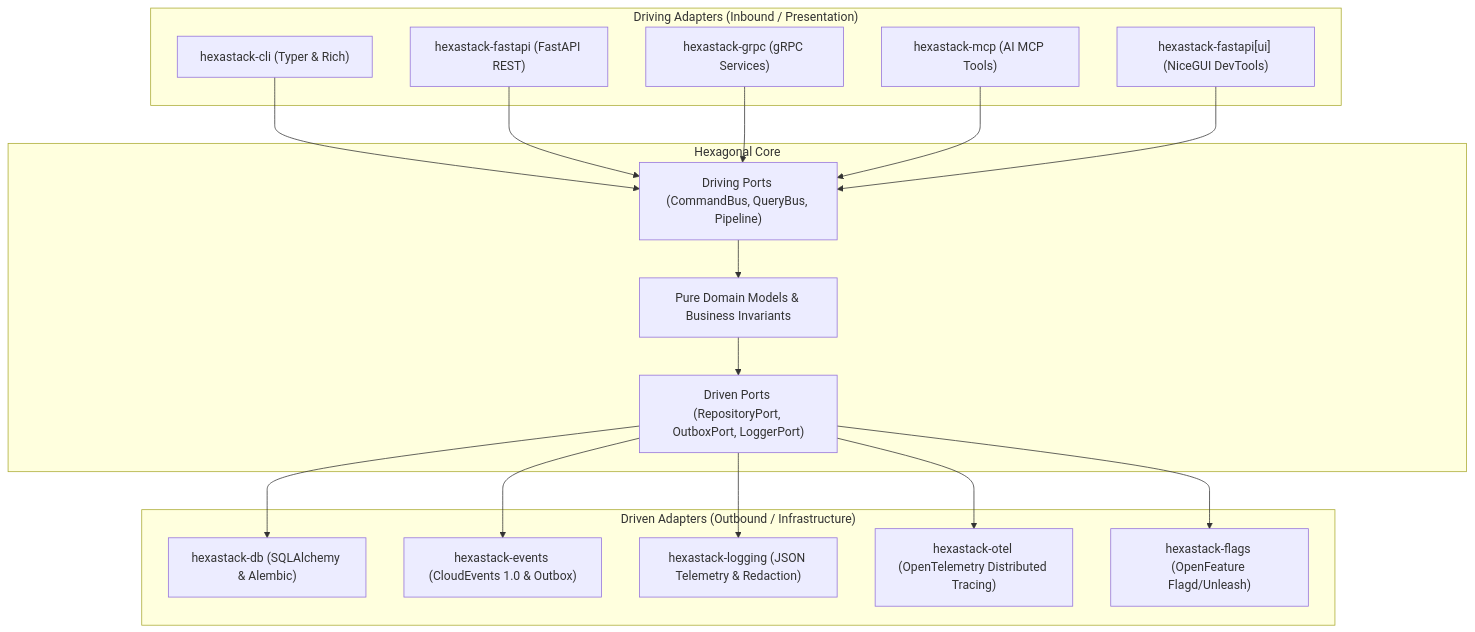
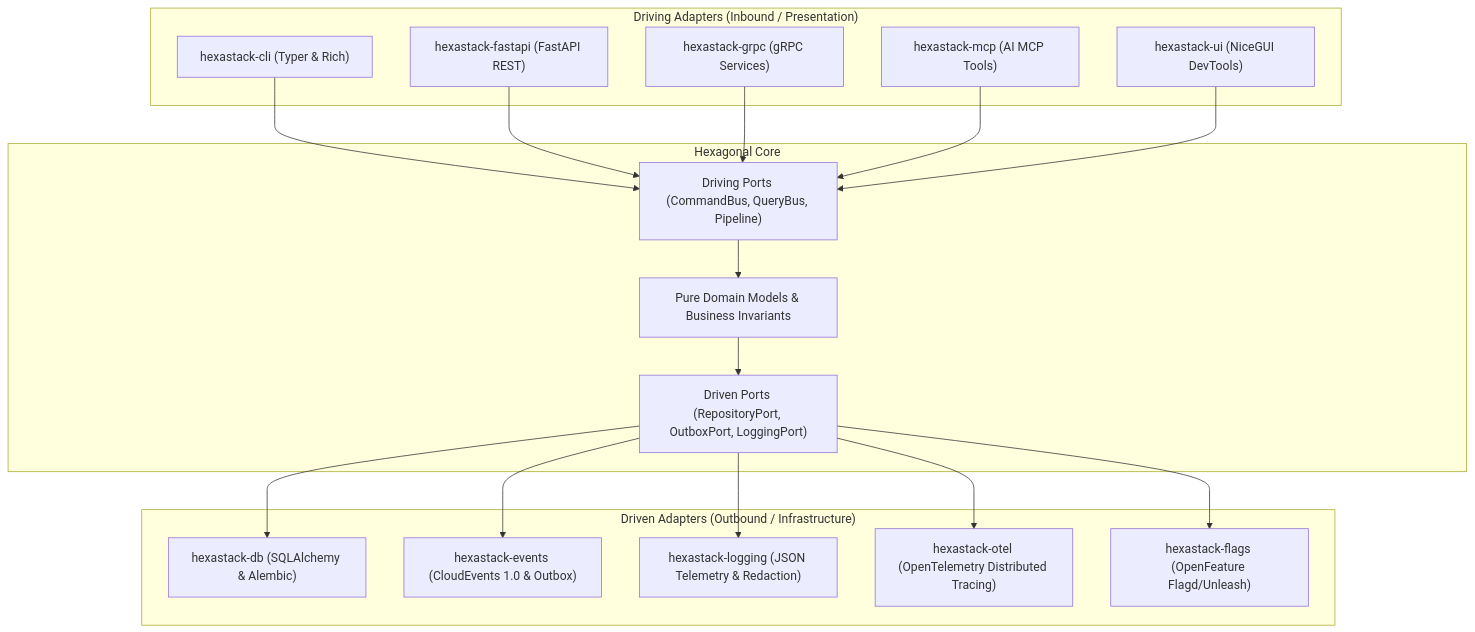
One commit to TheTrueSCU/hexastack changed the diagram in docs/index.md. Above: the diagram before and after it, drawn with Mermaid. The commit also changed other lines of this file and 34 other files, not shown here.

````diff
--- a/docs/index.md
+++ b/docs/index.md
@@ -14,39 +14,39 @@
 ```mermaid
 graph TD
     subgraph DrivingAdapters ["Driving Adapters (Inbound / Presentation)"]
         CLI["hexastack-cli (Typer & Rich)"]
         FASTAPI["hexastack-fastapi (FastAPI REST)"]
         GRPC["hexastack-grpc (gRPC Services)"]
         MCP["hexastack-mcp (AI MCP Tools)"]
-        UI["hexastack-fastapi[ui] (NiceGUI DevTools)"]
+        UI["hexastack-ui (NiceGUI DevTools)"]
     end
 
     subgraph Hexagon ["Hexagonal Core"]
         PORTS_IN["Driving Ports (CommandBus, QueryBus, Pipeline)"]
         DOMAIN["Pure Domain Models & Business Invariants"]
-        PORTS_OUT["Driven Ports (RepositoryPort, OutboxPort, LoggerPort)"]
+        PORTS_OUT["Driven Ports (RepositoryPort, OutboxPort, LoggingPort)"]
     end
 
     subgraph DrivenAdapters ["Driven Adapters (Outbound / Infrastructure)"]
         DB["hexastack-db (SQLAlchemy & Alembic)"]
         EVENTS["hexastack-events (CloudEvents 1.0 & Outbox)"]
         LOGGING["hexastack-logging (JSON Telemetry & Redaction)"]
         OTEL["hexastack-otel (OpenTelemetry Distributed Tracing)"]
         FLAGS["hexastack-flags (OpenFeature Flagd/Unleash)"]
     end
 
     CLI --> PORTS_IN
     FASTAPI --> PORTS_IN
     GRPC --> PORTS_IN
     MCP --> PORTS_IN
     UI --> PORTS_IN
 
     PORTS_IN --> DOMAIN
     DOMAIN --> PORTS_OUT
 
     PORTS_OUT --> DB
     PORTS_OUT --> EVENTS
     PORTS_OUT --> LOGGING
     PORTS_OUT --> OTEL
     PORTS_OUT --> FLAGS
 ```
````
